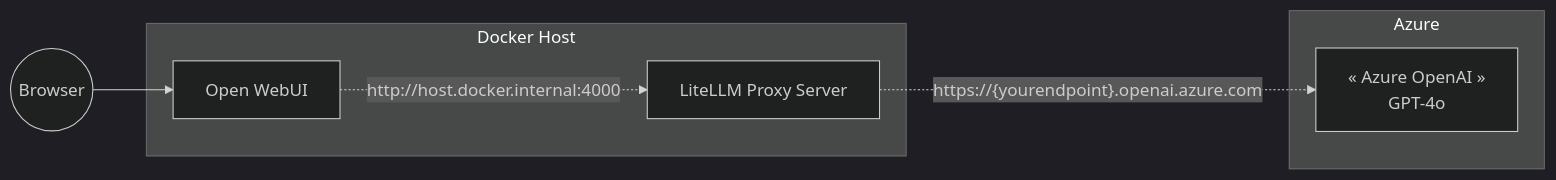
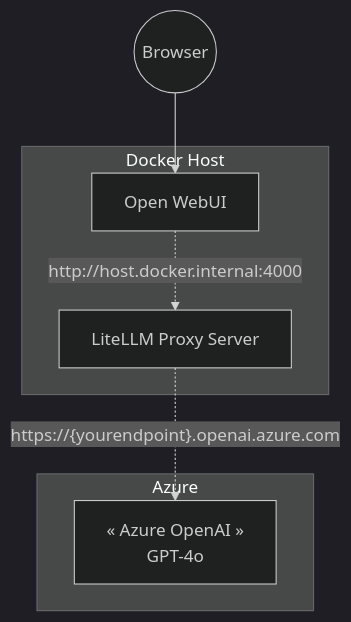
The diagram in content/blogs/2024-07-29-unlocking-the-power-of-azure-openai-on-open-webui/index.md (uright/uright.github.io), drawn with Mermaid (dark theme) before and after one commit.

Commit message:
Minor adjustments

````diff
--- a/content/blogs/2024-07-29-unlocking-the-power-of-azure-openai-on-open-webui/index.md
+++ b/content/blogs/2024-07-29-unlocking-the-power-of-azure-openai-on-open-webui/index.md
@@ -23,20 +23,20 @@
 ```mermaid
-flowchart LR
+flowchart TB
   browser((Browser))
   openwebui[Open WebUI]
   litellm[LiteLLM Proxy Server]
   azureopenai[« Azure OpenAI »\n GPT-4o]
   
   subgraph "Docker Host"
     openwebui
     litellm
   end
 
   subgraph "Azure"
     azureopenai
   end
 
   browser --> openwebui
   openwebui -. "http://host.docker.internal:4000" .-> litellm
   litellm -. "https://{yourendpoint}.openai.azure.com" .-> azureopenai
 ```
````
